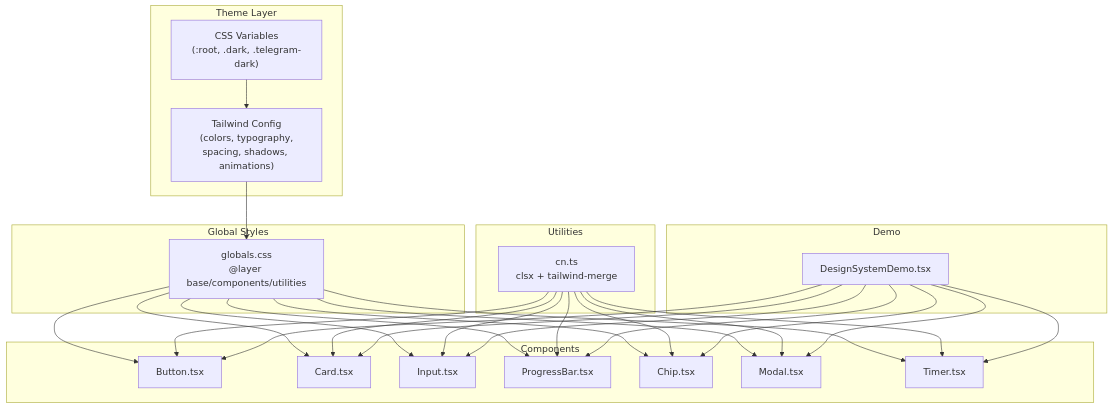
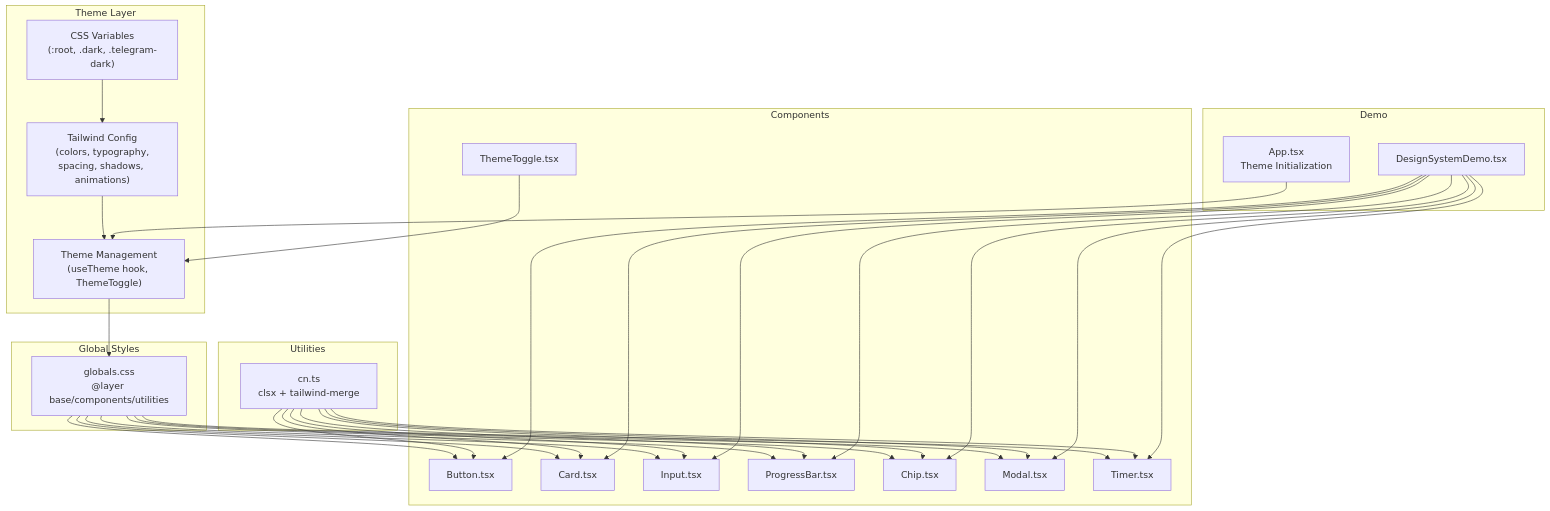
One commit to nilsnavi/fit_trackerpro changed the first of 5 diagrams in .qoder/repowiki/en/content/Frontend Component Architecture/UI Component Library/Design System Guidelines.md. Above: the diagram before and after it, drawn with Mermaid. The commit also changed other lines of this file and 19 other files, not shown here.

````diff
--- a/.qoder/repowiki/en/content/Frontend Component Architecture/UI Component Library/Design System Guidelines.md
+++ b/.qoder/repowiki/en/content/Frontend Component Architecture/UI Component Library/Design System Guidelines.md
@@ -38,48 +53,54 @@
 ```mermaid
 graph TB
 subgraph "Theme Layer"
 A["CSS Variables<br/>(:root, .dark, .telegram-dark)"]
 B["Tailwind Config<br/>(colors, typography,<br/>spacing, shadows, animations)"]
+C["Theme Management<br/>(useTheme hook, ThemeToggle)"]
 end
 subgraph "Global Styles"
-C["globals.css<br/>@layer base/components/utilities"]
+D["globals.css<br/>@layer base/components/utilities"]
 end
 subgraph "Components"
-D["Button.tsx"]
-E["Card.tsx"]
-F["Input.tsx"]
-G["ProgressBar.tsx"]
-H["Chip.tsx"]
-I["Modal.tsx"]
-J["Timer.tsx"]
+E["Button.tsx"]
+F["Card.tsx"]
+G["Input.tsx"]
+H["ProgressBar.tsx"]
+I["Chip.tsx"]
+J["Modal.tsx"]
+K["Timer.tsx"]
+L["ThemeToggle.tsx"]
 end
 subgraph "Utilities"
-K["cn.ts<br/>clsx + tailwind-merge"]
+M["cn.ts<br/>clsx + tailwind-merge"]
 end
 subgraph "Demo"
-L["DesignSystemDemo.tsx"]
+N["DesignSystemDemo.tsx"]
+O["App.tsx<br/>Theme Initialization"]
 end
 A --> B
 B --> C
 C --> D
-C --> E
-C --> F
-C --> G
-C --> H
-C --> I
-C --> J
-K --> D
-K --> E
-K --> F
-K --> G
-K --> H
-K --> I
-K --> J
-L --> D
-L --> E
-L --> F
-L --> G
-L --> H
-L --> I
-L --> J
+D --> E
+D --> F
+D --> G
+D --> H
+D --> I
+D --> J
+D --> K
+L --> C
+M --> E
+M --> F
+M --> G
+M --> H
+M --> I
+M --> J
+M --> K
+N --> E
+N --> F
+N --> G
+N --> H
+N --> I
+N --> J
+N --> K
+O --> C
 ```
````
